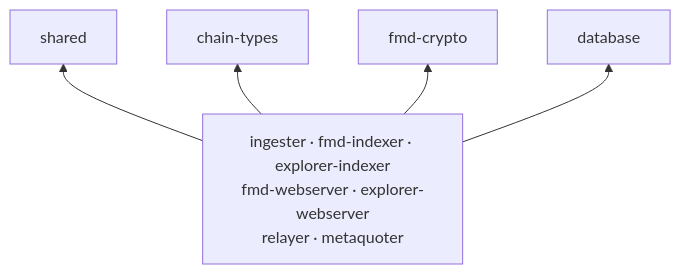
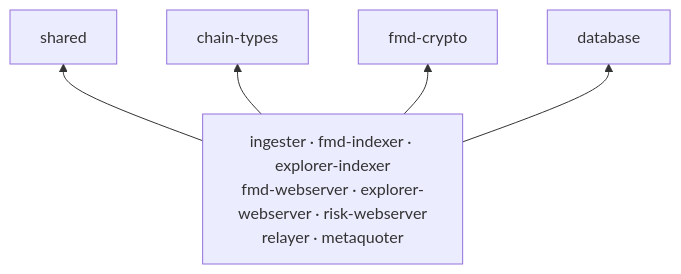
One commit to lelantos-org/backend changed the eighth of 8 diagrams in README.md. Above: the diagram before and after it, drawn with Mermaid. The commit also changed other lines of this file and 81 other files, not shown here.

````diff
--- a/README.md
+++ b/README.md
@@ -174,7 +200,7 @@
 ```mermaid
 flowchart BT
-  BINS["ingester · fmd-indexer · explorer-indexer<br/>fmd-webserver · explorer-webserver<br/>relayer · metaquoter"] --> SH[shared]
+  BINS["ingester · fmd-indexer · explorer-indexer<br/>fmd-webserver · explorer-webserver · risk-webserver<br/>relayer · metaquoter"] --> SH[shared]
   BINS --> CT[chain-types]
   BINS --> FC[fmd-crypto]
   BINS --> DB[database]
 ```
````
